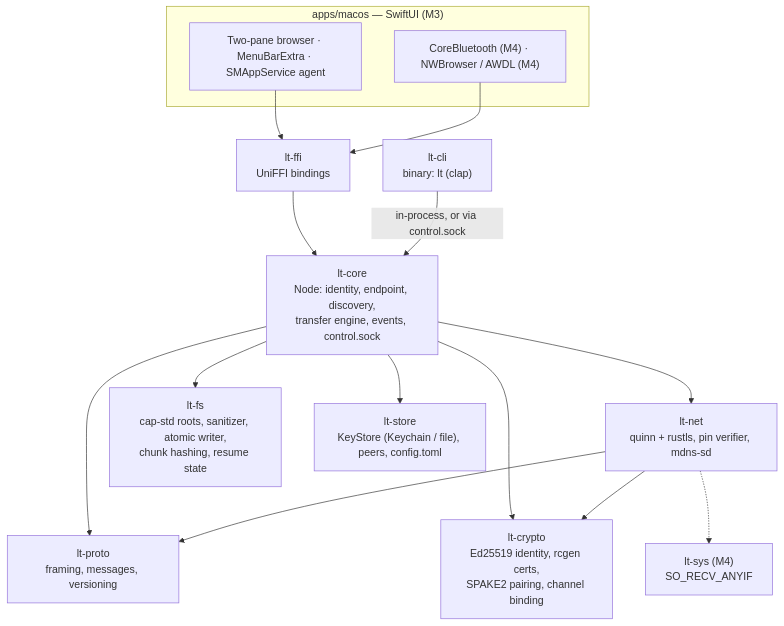
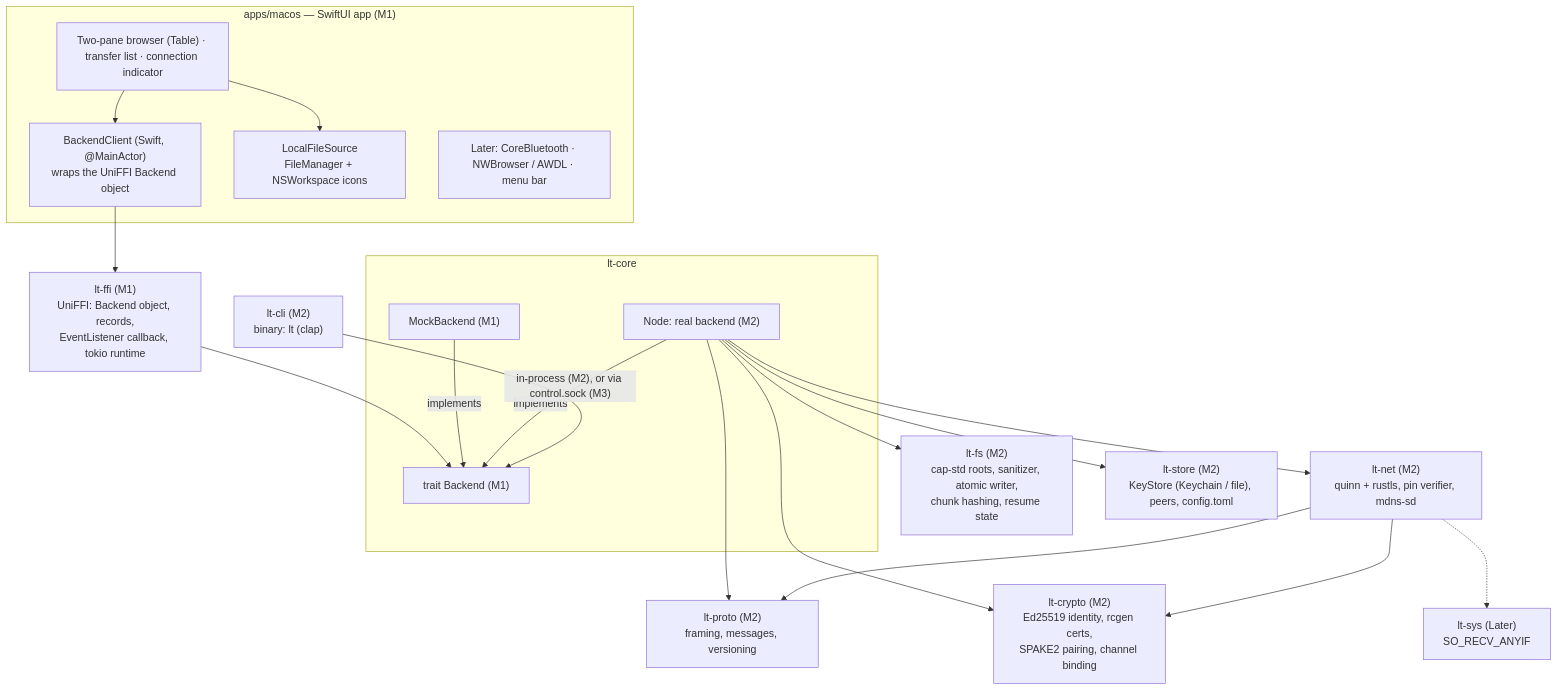
One commit to siddharthakumar-98/LocalTransfer changed the second of 4 diagrams in ROADMAP.md. Above: the diagram before and after it, drawn with Mermaid. The commit also changed other lines of this file and 1 other file, not shown here.

Commit message:
Updated ROADMAP.md and README.md

````diff
--- a/ROADMAP.md
+++ b/ROADMAP.md
@@ -179,23 +181,31 @@
 ```mermaid
 flowchart TD
-    subgraph app["apps/macos — SwiftUI (M3)"]
-        UI["Two-pane browser · MenuBarExtra · SMAppService agent"]
-        SW["CoreBluetooth (M4) · NWBrowser / AWDL (M4)"]
+    subgraph app["apps/macos — SwiftUI app (M1)"]
+        UI["Two-pane browser (Table) · transfer list · connection indicator"]
+        VM["BackendClient (Swift, @MainActor)<br/>wraps the UniFFI Backend object"]
+        LOC["LocalFileSource<br/>FileManager + NSWorkspace icons"]
+        SW["Later: CoreBluetooth · NWBrowser / AWDL · menu bar"]
     end
-    CLI["lt-cli<br/>binary: lt (clap)"]
-    FFI["lt-ffi<br/>UniFFI bindings"]
-    CORE["lt-core<br/>Node: identity, endpoint, discovery,<br/>transfer engine, events, control.sock"]
-    NET["lt-net<br/>quinn + rustls, pin verifier, mdns-sd"]
-    PROTO["lt-proto<br/>framing, messages, versioning"]
-    FS["lt-fs<br/>cap-std roots, sanitizer, atomic writer,<br/>chunk hashing, resume state"]
-    STORE["lt-store<br/>KeyStore (Keychain / file), peers, config.toml"]
-    CRYPTO["lt-crypto<br/>Ed25519 identity, rcgen certs,<br/>SPAKE2 pairing, channel binding"]
-    SYS["lt-sys (M4)<br/>SO_RECV_ANYIF"]
+    FFI["lt-ffi (M1)<br/>UniFFI: Backend object, records,<br/>EventListener callback, tokio runtime"]
+    CLI["lt-cli (M2)<br/>binary: lt (clap)"]
+    subgraph core["lt-core"]
+        TRAIT["trait Backend (M1)"]
+        MOCK["MockBackend (M1)"]
+        NODE["Node: real backend (M2)"]
+    end
+    NET["lt-net (M2)<br/>quinn + rustls, pin verifier, mdns-sd"]
+    PROTO["lt-proto (M2)<br/>framing, messages, versioning"]
+    FS["lt-fs (M2)<br/>cap-std roots, sanitizer, atomic writer,<br/>chunk hashing, resume state"]
+    STORE["lt-store (M2)<br/>KeyStore (Keychain / file), peers, config.toml"]
+    CRYPTO["lt-crypto (M2)<br/>Ed25519 identity, rcgen certs,<br/>SPAKE2 pairing, channel binding"]
+    SYS["lt-sys (Later)<br/>SO_RECV_ANYIF"]
 
-    UI --> FFI --> CORE
-    SW --> FFI
-    CLI -->|"in-process, or via control.sock"| CORE
-    CORE --> NET & PROTO & FS & STORE & CRYPTO
+    UI --> VM --> FFI --> TRAIT
+    UI --> LOC
+    MOCK -->|implements| TRAIT
+    NODE -->|implements| TRAIT
+    CLI -->|"in-process (M2), or via control.sock (M3)"| TRAIT
+    NODE --> NET & PROTO & FS & STORE & CRYPTO
     NET --> PROTO & CRYPTO
     NET -.-> SYS
 ```
````
